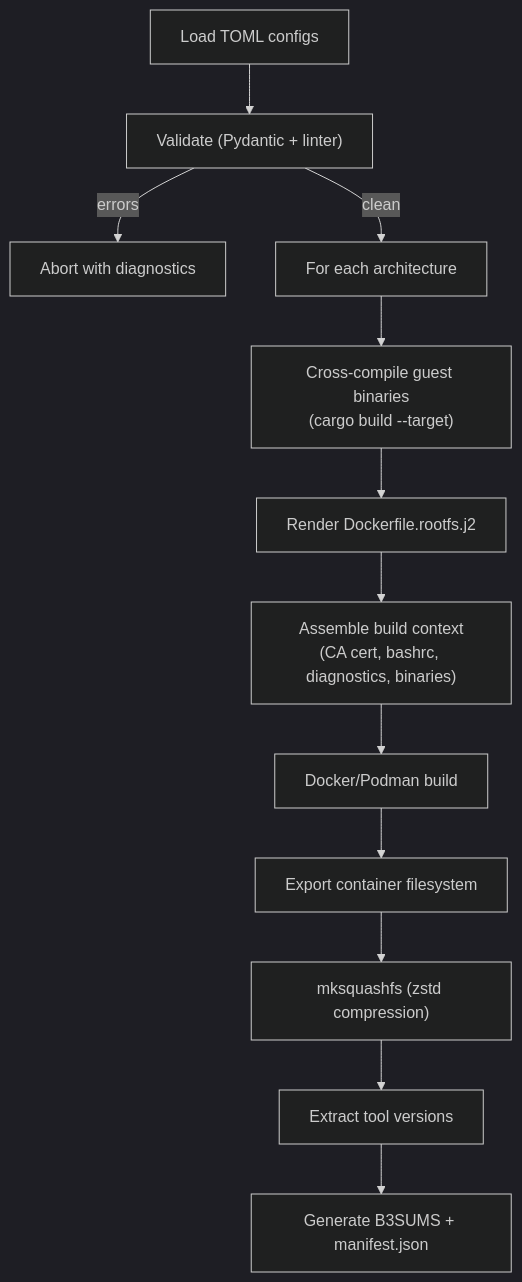
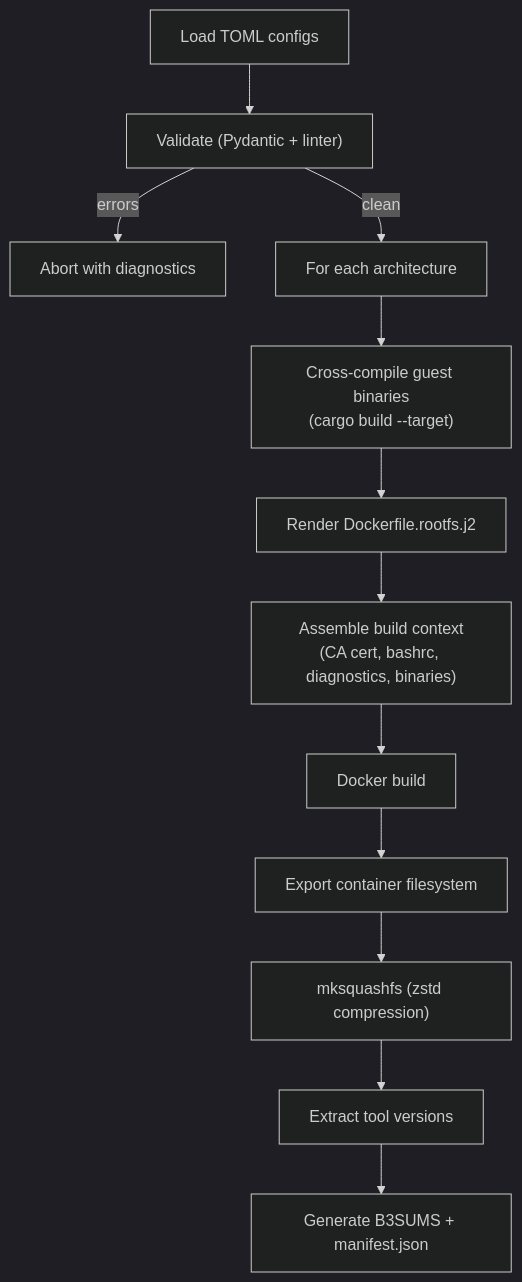
Before and after one commit to google/capsem: the second of 5 diagrams in site/src/content/docs/architecture/build-system.md, drawn with Mermaid (dark theme). The commit also changed other lines of this file and 20 other files, not shown here.

First line of the commit message:
refactor: replace podman with colima + docker CLI for container builds

````diff
--- a/site/src/content/docs/architecture/build-system.md
+++ b/site/src/content/docs/architecture/build-system.md
@@ -193,14 +193,14 @@
 ```mermaid
 flowchart TD
   Load["Load TOML configs"] --> Validate["Validate (Pydantic + linter)"]
   Validate -->|errors| Abort["Abort with diagnostics"]
   Validate -->|clean| Arches["For each architecture"]
   Arches --> Cross["Cross-compile guest binaries\n(cargo build --target)"]
   Cross --> Render["Render Dockerfile.rootfs.j2"]
   Render --> Context["Assemble build context\n(CA cert, bashrc, diagnostics, binaries)"]
-  Context --> Build["Docker/Podman build"]
+  Context --> Build["Docker build"]
   Build --> Export["Export container filesystem"]
   Export --> Squash["mksquashfs (zstd compression)"]
   Squash --> Versions["Extract tool versions"]
   Versions --> Checksums["Generate B3SUMS + manifest.json"]
 ```
````
